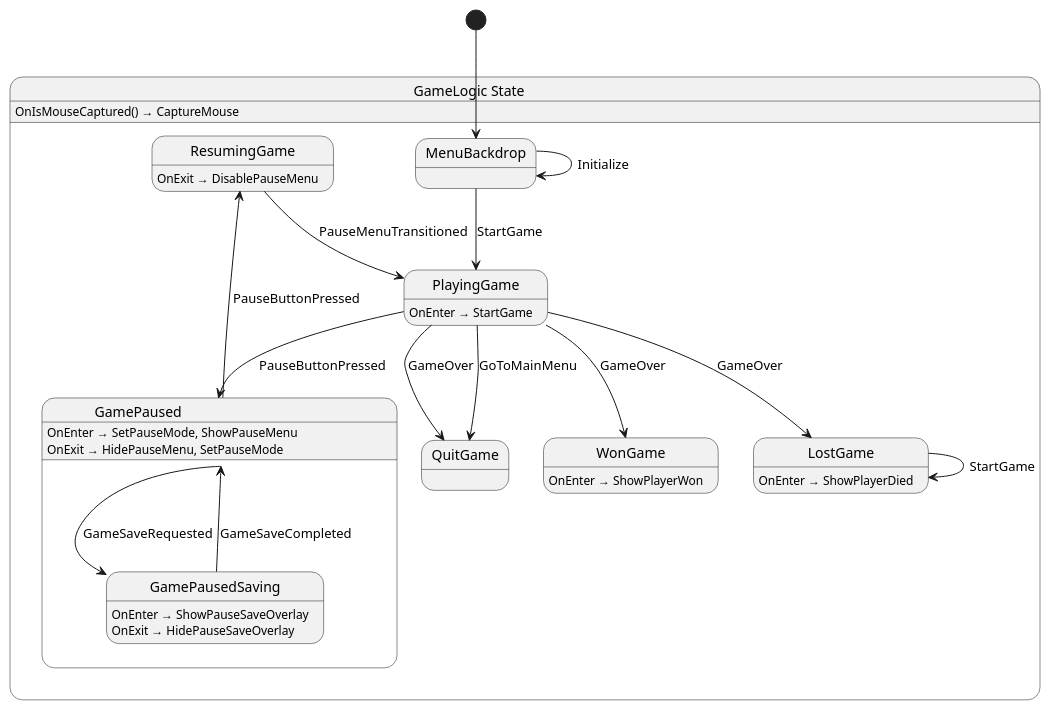
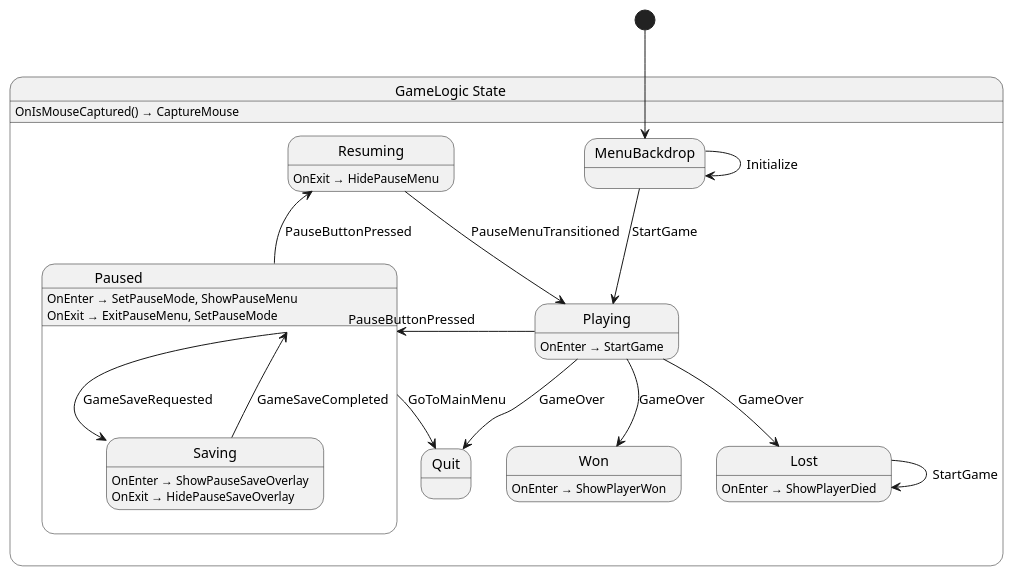
One commit to chickensoft-games/GameDemo changed the diagram in src/game/state/GameLogic.g.puml. Above: the diagram before and after it, drawn with PlantUML. The commit also changed 34 other files, not shown here.

```diff
--- a/src/game/state/GameLogic.g.puml
+++ b/src/game/state/GameLogic.g.puml
@@ -1,42 +1,42 @@
 @startuml GameLogic
 state "GameLogic State" as GameDemo_GameLogic_State {
-  state "GamePaused" as GameDemo_GameLogic_State_GamePaused {
-    state "GamePausedSaving" as GameDemo_GameLogic_State_GamePausedSaving {
-      GameDemo_GameLogic_State_GamePausedSaving : OnEnter → ShowPauseSaveOverlay
-      GameDemo_GameLogic_State_GamePausedSaving : OnExit → HidePauseSaveOverlay
-    }
-    GameDemo_GameLogic_State_GamePaused : OnEnter → SetPauseMode, ShowPauseMenu
-    GameDemo_GameLogic_State_GamePaused : OnExit → HidePauseMenu, SetPauseMode
-  }
-  state "LostGame" as GameDemo_GameLogic_State_LostGame {
-    GameDemo_GameLogic_State_LostGame : OnEnter → ShowPlayerDied
+  state "Lost" as GameDemo_GameLogic_State_Lost {
+    GameDemo_GameLogic_State_Lost : OnEnter → ShowPlayerDied
   }
   state "MenuBackdrop" as GameDemo_GameLogic_State_MenuBackdrop
-  state "PlayingGame" as GameDemo_GameLogic_State_PlayingGame {
-    GameDemo_GameLogic_State_PlayingGame : OnEnter → StartGame
+  state "Paused" as GameDemo_GameLogic_State_Paused {
+    state "Saving" as GameDemo_GameLogic_State_Saving {
+      GameDemo_GameLogic_State_Saving : OnEnter → ShowPauseSaveOverlay
+      GameDemo_GameLogic_State_Saving : OnExit → HidePauseSaveOverlay
+    }
+    GameDemo_GameLogic_State_Paused : OnEnter → SetPauseMode, ShowPauseMenu
+    GameDemo_GameLogic_State_Paused : OnExit → ExitPauseMenu, SetPauseMode
   }
-  state "QuitGame" as GameDemo_GameLogic_State_QuitGame
-  state "ResumingGame" as GameDemo_GameLogic_State_ResumingGame {
-    GameDemo_GameLogic_State_ResumingGame : OnExit → DisablePauseMenu
+  state "Playing" as GameDemo_GameLogic_State_Playing {
+    GameDemo_GameLogic_State_Playing : OnEnter → StartGame
   }
-  state "WonGame" as GameDemo_GameLogic_State_WonGame {
-    GameDemo_GameLogic_State_WonGame : OnEnter → ShowPlayerWon
+  state "Quit" as GameDemo_GameLogic_State_Quit
+  state "Resuming" as GameDemo_GameLogic_State_Resuming {
+    GameDemo_GameLogic_State_Resuming : OnExit → HidePauseMenu
+  }
+  state "Won" as GameDemo_GameLogic_State_Won {
+    GameDemo_GameLogic_State_Won : OnEnter → ShowPlayerWon
   }
   GameDemo_GameLogic_State : OnIsMouseCaptured() → CaptureMouse
 }
 
-GameDemo_GameLogic_State_GamePaused --> GameDemo_GameLogic_State_GamePausedSaving : GameSaveRequested
-GameDemo_GameLogic_State_GamePaused --> GameDemo_GameLogic_State_ResumingGame : PauseButtonPressed
-GameDemo_GameLogic_State_GamePausedSaving --> GameDemo_GameLogic_State_GamePaused : GameSaveCompleted
-GameDemo_GameLogic_State_LostGame --> GameDemo_GameLogic_State_LostGame : StartGame
+GameDemo_GameLogic_State_Lost --> GameDemo_GameLogic_State_Lost : StartGame
 GameDemo_GameLogic_State_MenuBackdrop --> GameDemo_GameLogic_State_MenuBackdrop : Initialize
-GameDemo_GameLogic_State_MenuBackdrop --> GameDemo_GameLogic_State_PlayingGame : StartGame
-GameDemo_GameLogic_State_PlayingGame --> GameDemo_GameLogic_State_GamePaused : PauseButtonPressed
-GameDemo_GameLogic_State_PlayingGame --> GameDemo_GameLogic_State_LostGame : GameOver
-GameDemo_GameLogic_State_PlayingGame --> GameDemo_GameLogic_State_QuitGame : GameOver
-GameDemo_GameLogic_State_PlayingGame --> GameDemo_GameLogic_State_QuitGame : GoToMainMenu
-GameDemo_GameLogic_State_PlayingGame --> GameDemo_GameLogic_State_WonGame : GameOver
-GameDemo_GameLogic_State_ResumingGame --> GameDemo_GameLogic_State_PlayingGame : PauseMenuTransitioned
+GameDemo_GameLogic_State_MenuBackdrop --> GameDemo_GameLogic_State_Playing : StartGame
+GameDemo_GameLogic_State_Paused --> GameDemo_GameLogic_State_Quit : GoToMainMenu
+GameDemo_GameLogic_State_Paused --> GameDemo_GameLogic_State_Resuming : PauseButtonPressed
+GameDemo_GameLogic_State_Paused --> GameDemo_GameLogic_State_Saving : GameSaveRequested
+GameDemo_GameLogic_State_Playing --> GameDemo_GameLogic_State_Lost : GameOver
+GameDemo_GameLogic_State_Playing --> GameDemo_GameLogic_State_Paused : PauseButtonPressed
+GameDemo_GameLogic_State_Playing --> GameDemo_GameLogic_State_Quit : GameOver
+GameDemo_GameLogic_State_Playing --> GameDemo_GameLogic_State_Won : GameOver
+GameDemo_GameLogic_State_Resuming --> GameDemo_GameLogic_State_Playing : PauseMenuTransitioned
+GameDemo_GameLogic_State_Saving --> GameDemo_GameLogic_State_Paused : GameSaveCompleted
 
 [*] --> GameDemo_GameLogic_State_MenuBackdrop
 @enduml
```
